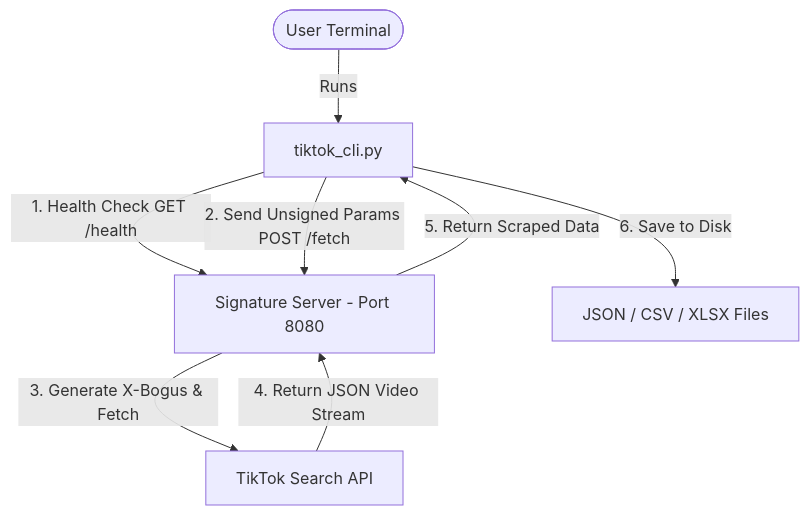
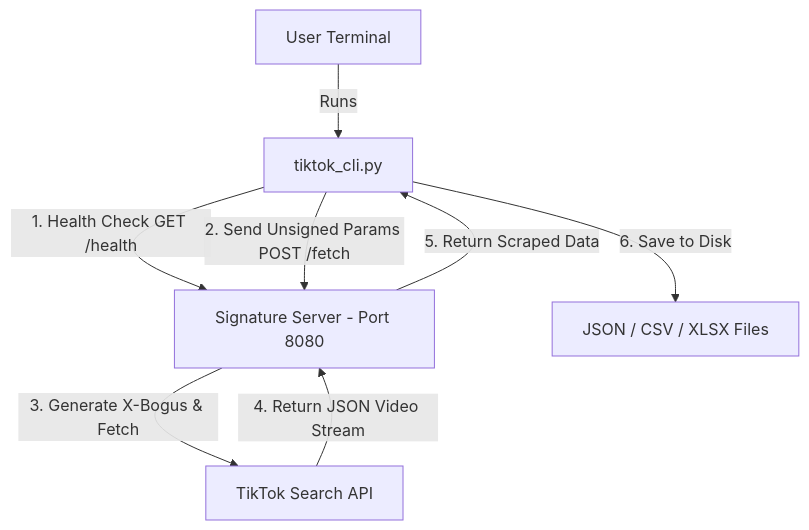
The diagram in README.md (afrzlfaiz/tiktok-scraper), drawn with Mermaid before and after one commit.

Commit message:
fix(docs): quote Mermaid diagram labels for compatibility

````diff
--- a/README.md
+++ b/README.md
@@ -41,10 +41,10 @@
 ```mermaid
 graph TD
-    User([User Terminal]) -->|Runs| CLI[tiktok_cli.py]
-    CLI -->|1. Health Check GET /health| SigServer[Signature Server - Port 8080]
-    CLI -->|2. Send Unsigned Params POST /fetch| SigServer
-    SigServer -->|3. Generate X-Bogus & Fetch| TikTokAPI[TikTok Search API]
-    TikTokAPI -->|4. Return JSON Video Stream| SigServer
-    SigServer -->|5. Return Scraped Data| CLI
-    CLI -->|6. Save to Disk| Files[JSON / CSV / XLSX Files]
+    User["User Terminal"] -->|"Runs"| CLI["tiktok_cli.py"]
+    CLI -->|"1. Health Check GET /health"| SigServer["Signature Server - Port 8080"]
+    CLI -->|"2. Send Unsigned Params POST /fetch"| SigServer
+    SigServer -->|"3. Generate X-Bogus & Fetch"| TikTokAPI["TikTok Search API"]
+    TikTokAPI -->|"4. Return JSON Video Stream"| SigServer
+    SigServer -->|"5. Return Scraped Data"| CLI
+    CLI -->|"6. Save to Disk"| Files["JSON / CSV / XLSX Files"]
 ```
````
